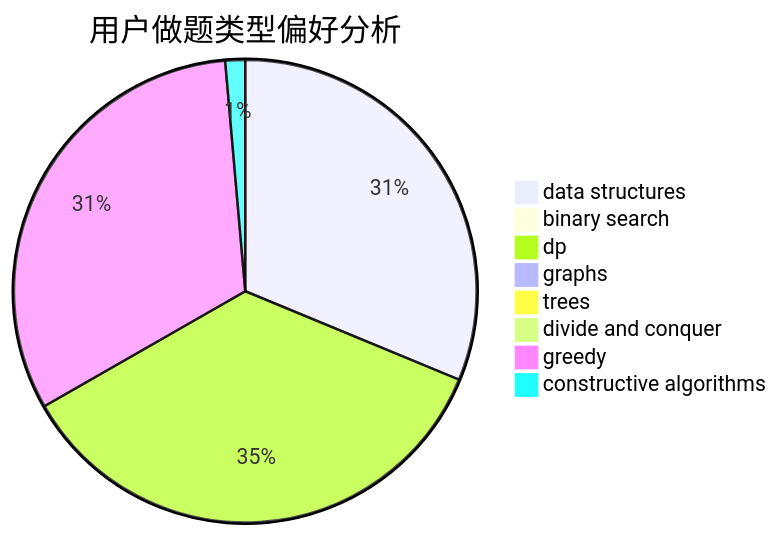
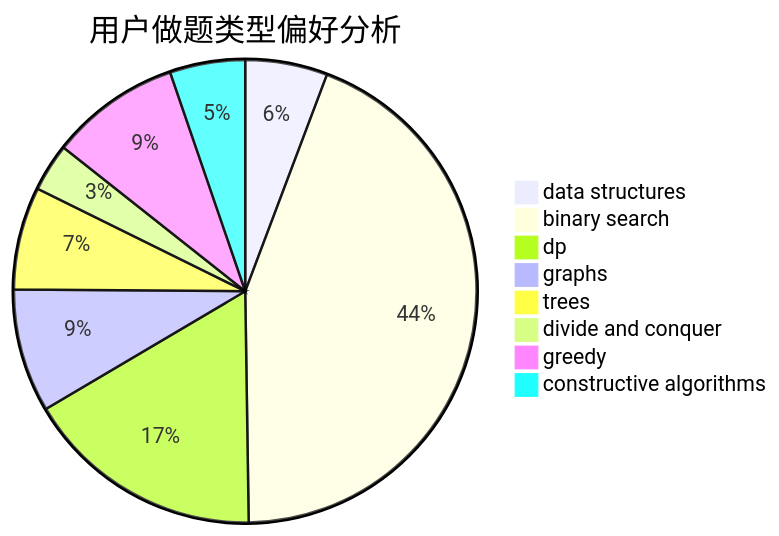
Before and after one commit to sherpahu/cfrs.github.io: the second of 3 diagrams in docs/user/u715.md, drawn with Mermaid. The commit also changed other lines of this file and 2770 other files, not shown here.

````diff
--- a/docs/user/u715.md
+++ b/docs/user/u715.md
@@ -23,11 +23,11 @@
 ```mermaid
 pie title 用户做题类型偏好分析
-    "data structures" :  338
-    "binary search" :  1
-    "dp" :  384
-    "graphs" :  5
-    "trees" :  4
-    "divide and conquer" :  9
-    "greedy" :  345
-    "constructive algorithms" :  15
+    "data structures" :  12
+    "binary search" :  92
+    "dp" :  35
+    "graphs" :  18
+    "trees" :  15
+    "divide and conquer" :  7
+    "greedy" :  19
+    "constructive algorithms" :  11
 ```
````
